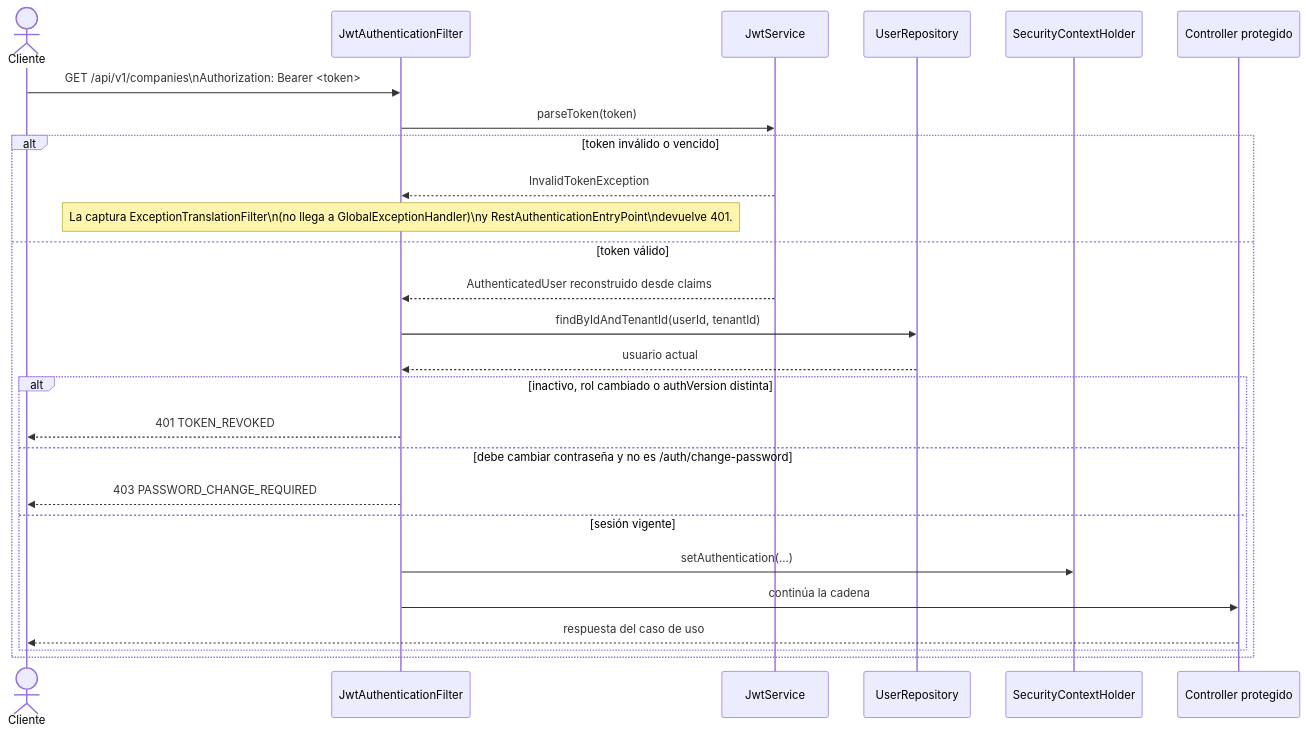
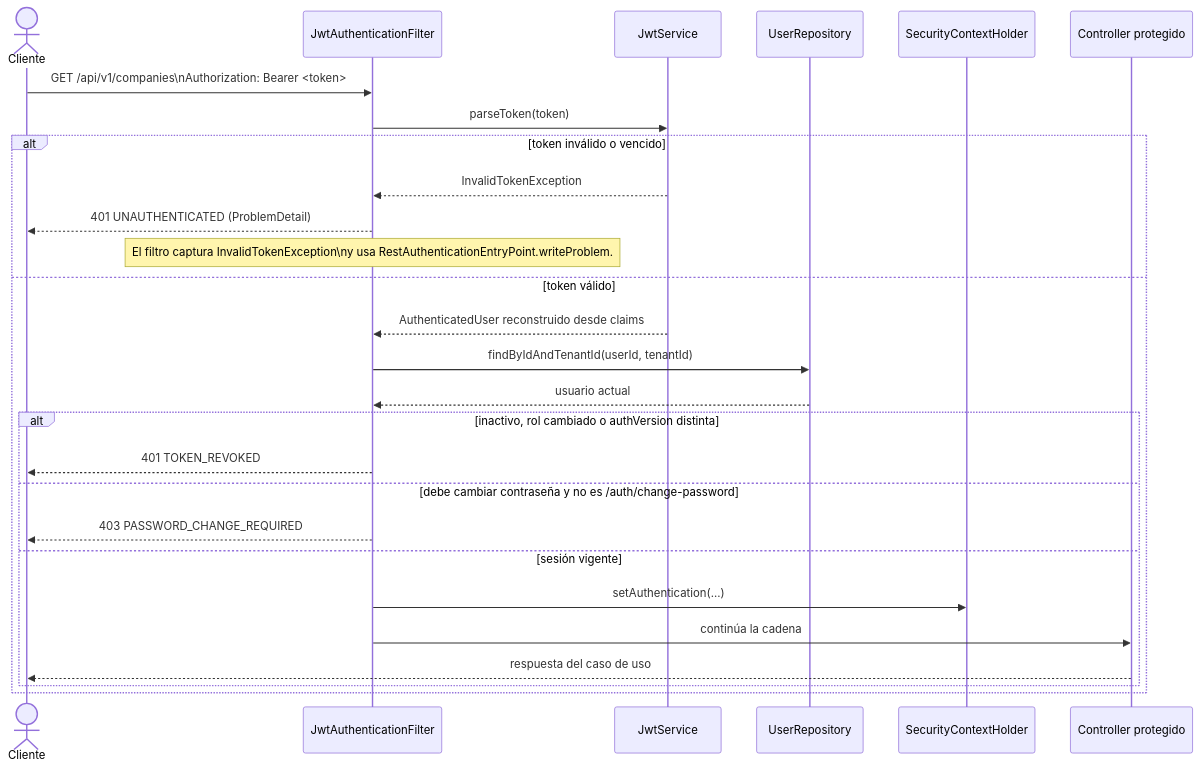
Before and after one commit to TomasFelice/UNLAM-GADS1: the second of 2 diagrams in backend/docs/diagrams/sequence-login.md, drawn with Mermaid. The commit also changed 351 other files, not shown here.

````diff
--- a/backend/docs/diagrams/sequence-login.md
+++ b/backend/docs/diagrams/sequence-login.md
@@ -50,29 +50,30 @@
 ```mermaid
 sequenceDiagram
     actor Cliente
     participant Filter as JwtAuthenticationFilter
     participant JS as JwtService
     participant UR as UserRepository
     participant SCH as SecurityContextHolder
     participant Ctrl as Controller protegido
 
     Cliente->>Filter: GET /api/v1/companies\nAuthorization: Bearer <token>
     Filter->>JS: parseToken(token)
     alt token inválido o vencido
         JS-->>Filter: InvalidTokenException
-        Note over Filter: La captura ExceptionTranslationFilter\n(no llega a GlobalExceptionHandler)\ny RestAuthenticationEntryPoint\ndevuelve 401.
+        Filter-->>Cliente: 401 UNAUTHENTICATED (ProblemDetail)
+        Note over Filter: El filtro captura InvalidTokenException\ny usa RestAuthenticationEntryPoint.writeProblem.
     else token válido
         JS-->>Filter: AuthenticatedUser reconstruido desde claims
         Filter->>UR: findByIdAndTenantId(userId, tenantId)
         UR-->>Filter: usuario actual
         alt inactivo, rol cambiado o authVersion distinta
             Filter-->>Cliente: 401 TOKEN_REVOKED
         else debe cambiar contraseña y no es /auth/change-password
             Filter-->>Cliente: 403 PASSWORD_CHANGE_REQUIRED
         else sesión vigente
             Filter->>SCH: setAuthentication(...)
             Filter->>Ctrl: continúa la cadena
             Ctrl-->>Cliente: respuesta del caso de uso
         end
     end
 ```
````
